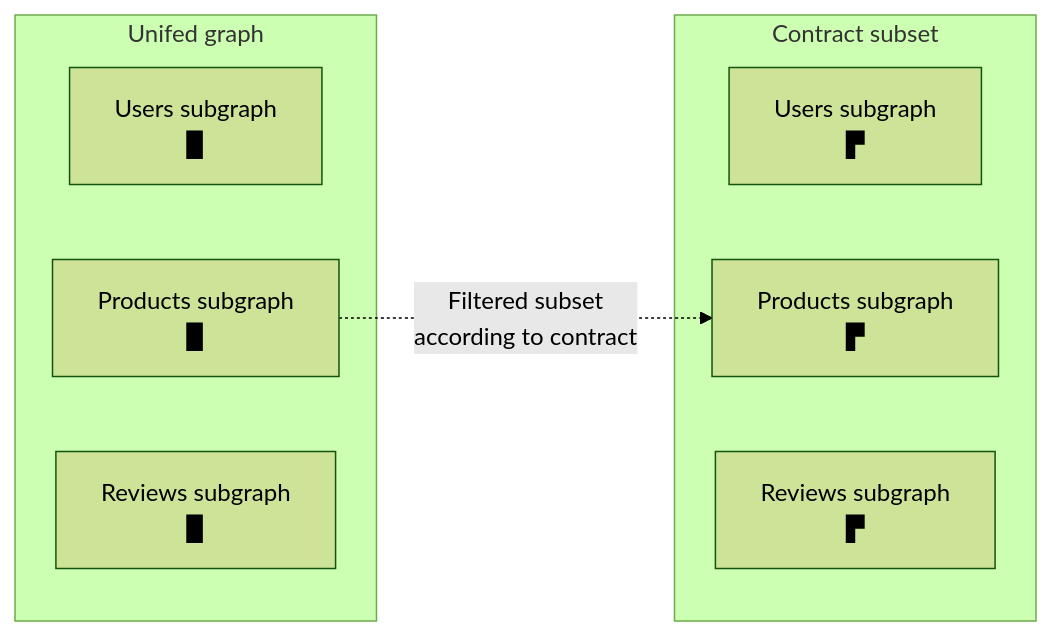
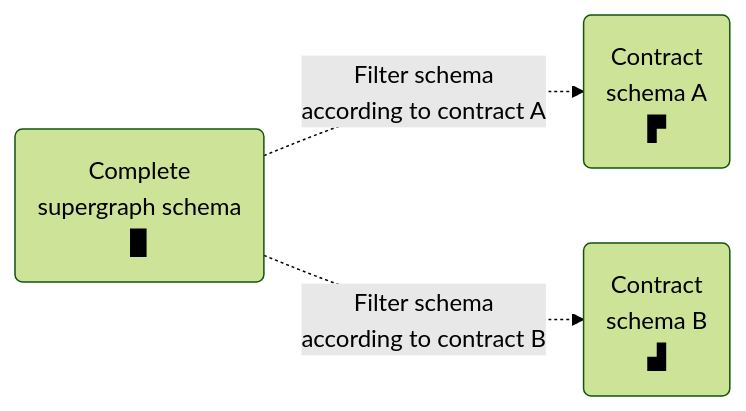
The first of 3 diagrams in src/content/graphos/delivery/contracts.mdx (apollographql/docs), drawn with Mermaid (forest theme) before and after one commit. The commit also changed other lines of this file and 3 other files, not shown here.

````diff
--- a/src/content/graphos/delivery/contracts.mdx
+++ b/src/content/graphos/delivery/contracts.mdx
@@ -11,14 +11,13 @@
 ```mermaid
 graph LR;
-  subgraph Super["Unifed graph"];
-    serviceA["Users subgraph<br/>▉"];
-    serviceB["Products subgraph<br/>▉"];
-    serviceC["Reviews subgraph<br/>▉"];
-  end;
-  subgraph Contract["Contract subset"];
-    serviceA2["Users subgraph<br/>▛"];
-    serviceB2["Products subgraph<br/>▛"];
-    serviceC2["Reviews subgraph<br/>▛"];
-  end;
-  serviceB -."Filtered subset <br/> according to contract".->serviceB2
+
+    serviceA("Complete<br/>supergraph schema<br/>▉");
+
+    serviceB2("Contract <br/>schema B<br/>▟");
+
+
+    serviceA2("Contract <br/>schema A<br/>▛");
+
+  serviceA -."Filter schema <br/>according to contract A".->serviceA2
+  serviceA -."Filter schema <br/>according to contract B".->serviceB2
 ```
````
